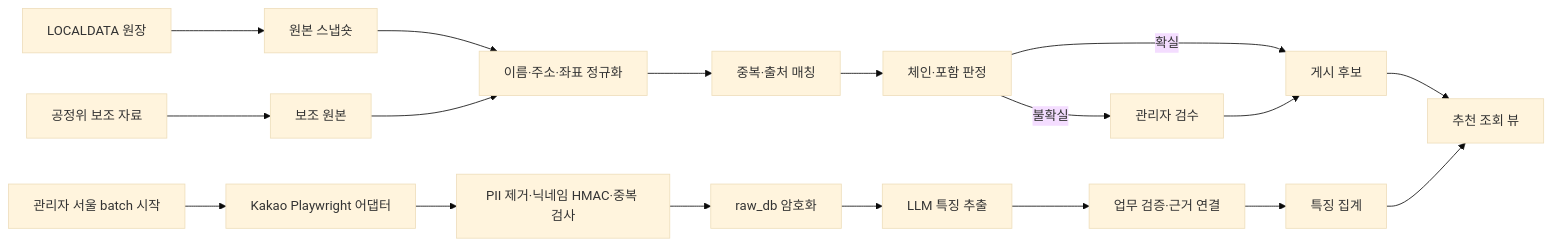
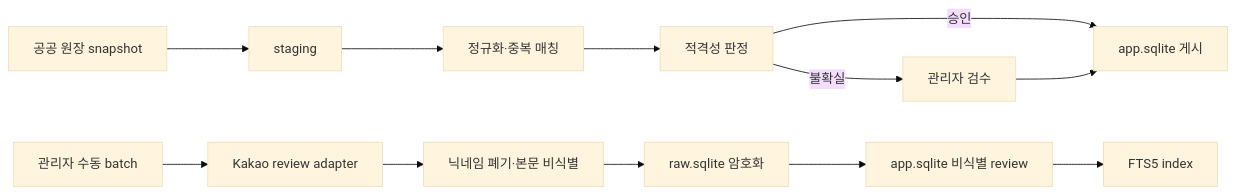
Before and after one commit to minhyeok328/Bread_map: the diagram in docs/04-architecture/worker-design.md, drawn with Mermaid (base theme). The commit also changed other lines of this file and 1 other file, not shown here.

Commit message:
docs(architecture): align local SQLite boundaries

````diff
--- a/docs/04-architecture/worker-design.md
+++ b/docs/04-architecture/worker-design.md
@@ -37,21 +28,15 @@
 ```mermaid
 flowchart LR
-    L["LOCALDATA 원장"] --> R["원본 스냅숏"]
-    F["공정위 보조 자료"] --> R2["보조 원본"]
-    R --> N["이름·주소·좌표 정규화"]
-    R2 --> N
-    N --> M["중복·출처 매칭"]
-    M --> C["체인·포함 판정"]
-    C -->|"확실"| P["게시 후보"]
-    C -->|"불확실"| A["관리자 검수"]
-    A --> P
-    P --> V["추천 조회 뷰"]
+    Public["공공 원장 snapshot"] --> Stage["staging"]
+    Stage --> Normalize["정규화·중복 매칭"]
+    Normalize --> Eligibility["적격성 판정"]
+    Eligibility -->|"승인"| AppPublish["app.sqlite 게시"]
+    Eligibility -->|"불확실"| ReviewQueue["관리자 검수"]
+    ReviewQueue --> AppPublish
 
-    X["관리자 서울 batch 시작"] --> B["Kakao Playwright 어댑터"]
-    B --> D["PII 제거·닉네임 HMAC·중복 검사"]
-    D --> E["raw_db 암호화"]
-    E --> O["LLM 특징 추출"]
-    O --> Q["업무 검증·근거 연결"]
-    Q --> G["특징 집계"]
-    G --> V
+    Start["관리자 수동 batch"] --> Kakao["Kakao review adapter"]
+    Kakao --> Deidentify["닉네임 폐기·본문 비식별"]
+    Deidentify --> RawEncrypt["raw.sqlite 암호화"]
+    RawEncrypt --> ReviewPublish["app.sqlite 비식별 review"]
+    ReviewPublish --> FTS["FTS5 index"]
 ```
````
